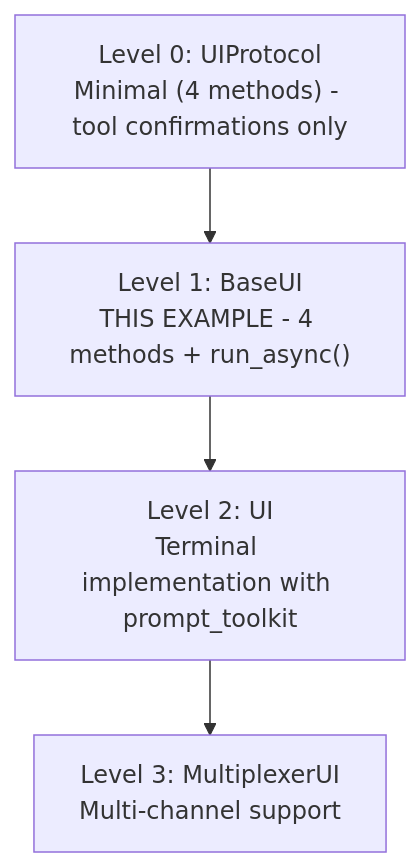
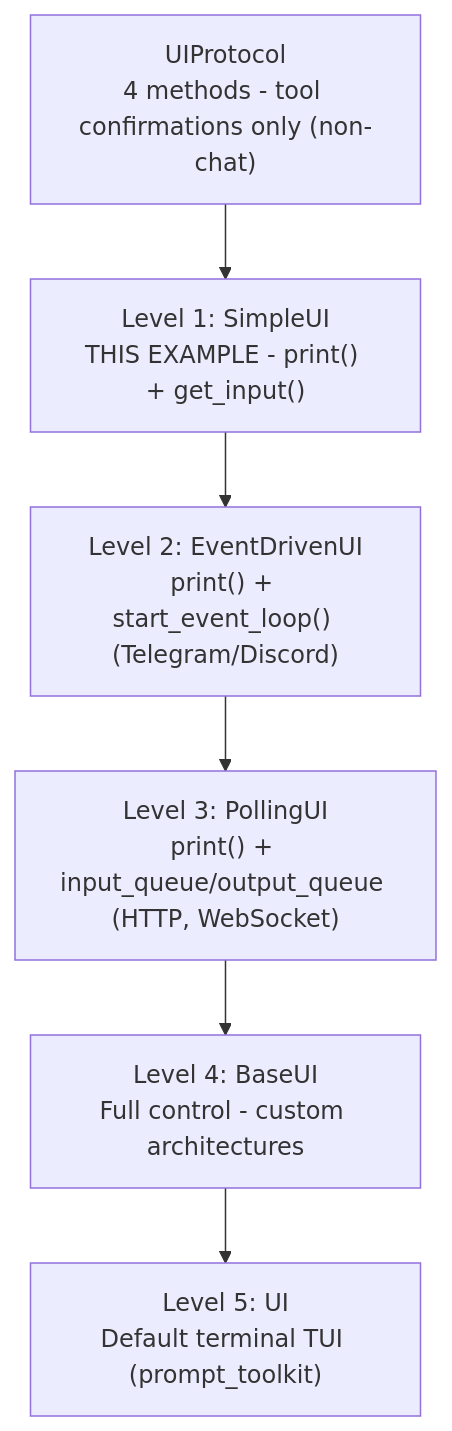
Before and after one commit to state-alchemists/zrb: the diagram in examples/chat-minimal-ui/README.md, drawn with Mermaid. The commit also changed other lines of this file and 15 other files, not shown here.

````diff
--- a/examples/chat-minimal-ui/README.md
+++ b/examples/chat-minimal-ui/README.md
@@ -9,9 +15,11 @@
 ```mermaid
 flowchart TB
-    Level0["Level 0: UIProtocol<br/>Minimal (4 methods) - tool confirmations only"]
-    Level1["Level 1: BaseUI<br/>THIS EXAMPLE - 4 methods + run_async()"]
-    Level2["Level 2: UI<br/>Terminal implementation with prompt_toolkit"]
-    Level3["Level 3: MultiplexerUI<br/>Multi-channel support"]
+    Protocol["UIProtocol<br/>4 methods - tool confirmations only (non-chat)"]
+    Level1["Level 1: SimpleUI<br/>THIS EXAMPLE - print() + get_input()"]
+    Level2["Level 2: EventDrivenUI<br/>print() + start_event_loop() (Telegram/Discord)"]
+    Level3["Level 3: PollingUI<br/>print() + input_queue/output_queue (HTTP, WebSocket)"]
+    Level4["Level 4: BaseUI<br/>Full control - custom architectures"]
+    Level5["Level 5: UI<br/>Default terminal TUI (prompt_toolkit)"]
 
-    Level0 --> Level1 --> Level2 --> Level3
+    Protocol --> Level1 --> Level2 --> Level3 --> Level4 --> Level5
 ```
````
